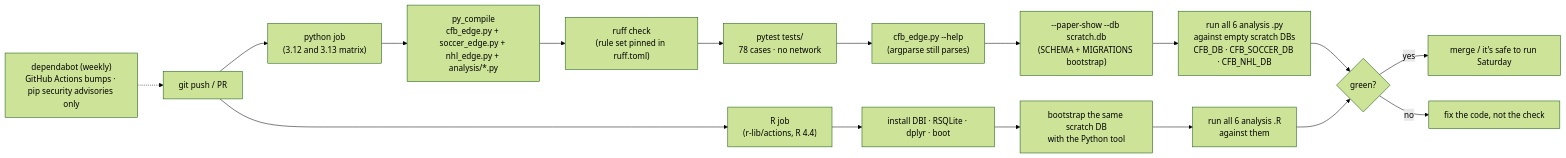
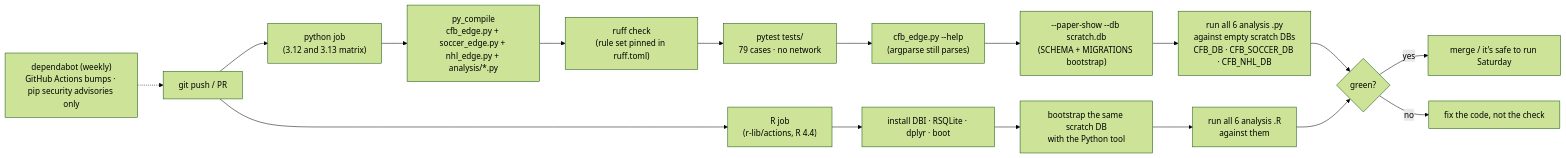
One commit to wbp318/cfb_pro_soccer_2026 changed diagram 12 of 26 in README.md. Above: the diagram before and after it, drawn with Mermaid (forest theme). The commit also changed other lines of this file and 5 other files, not shown here.

````diff
--- a/README.md
+++ b/README.md
@@ -720,18 +720,18 @@
 ```mermaid
 flowchart LR
     PUSH["git push / PR"] --> PY["python job\n(3.12 and 3.13 matrix)"]
     PUSH --> RJ["R job\n(r-lib/actions, R 4.4)"]
     PY --> P1["py_compile\ncfb_edge.py + soccer_edge.py + nhl_edge.py + analysis/*.py"]
     P1 --> P2["ruff check\n(rule set pinned in ruff.toml)"]
-    P2 --> PT["pytest tests/\n78 cases · no network"]
+    P2 --> PT["pytest tests/\n79 cases · no network"]
     PT --> P3["cfb_edge.py --help\n(argparse still parses)"]
     P3 --> P4["--paper-show --db scratch.db\n(SCHEMA + MIGRATIONS bootstrap)"]
     P4 --> P5["run all 6 analysis .py\nagainst empty scratch DBs\nCFB_DB · CFB_SOCCER_DB · CFB_NHL_DB"]
     RJ --> R1["install DBI · RSQLite · dplyr · boot"]
     R1 --> R2["bootstrap the same scratch DB\nwith the Python tool"]
     R2 --> R3["run all 6 analysis .R\nagainst them"]
     P5 & R3 --> OK{"green?"}
     OK -- yes --> M["merge / it's safe to run Saturday"]
     OK -- no --> FIX["fix the code, not the check"]
     DEP["dependabot (weekly)\nGitHub Actions bumps · pip security advisories only"] -.-> PUSH
 ```
````
